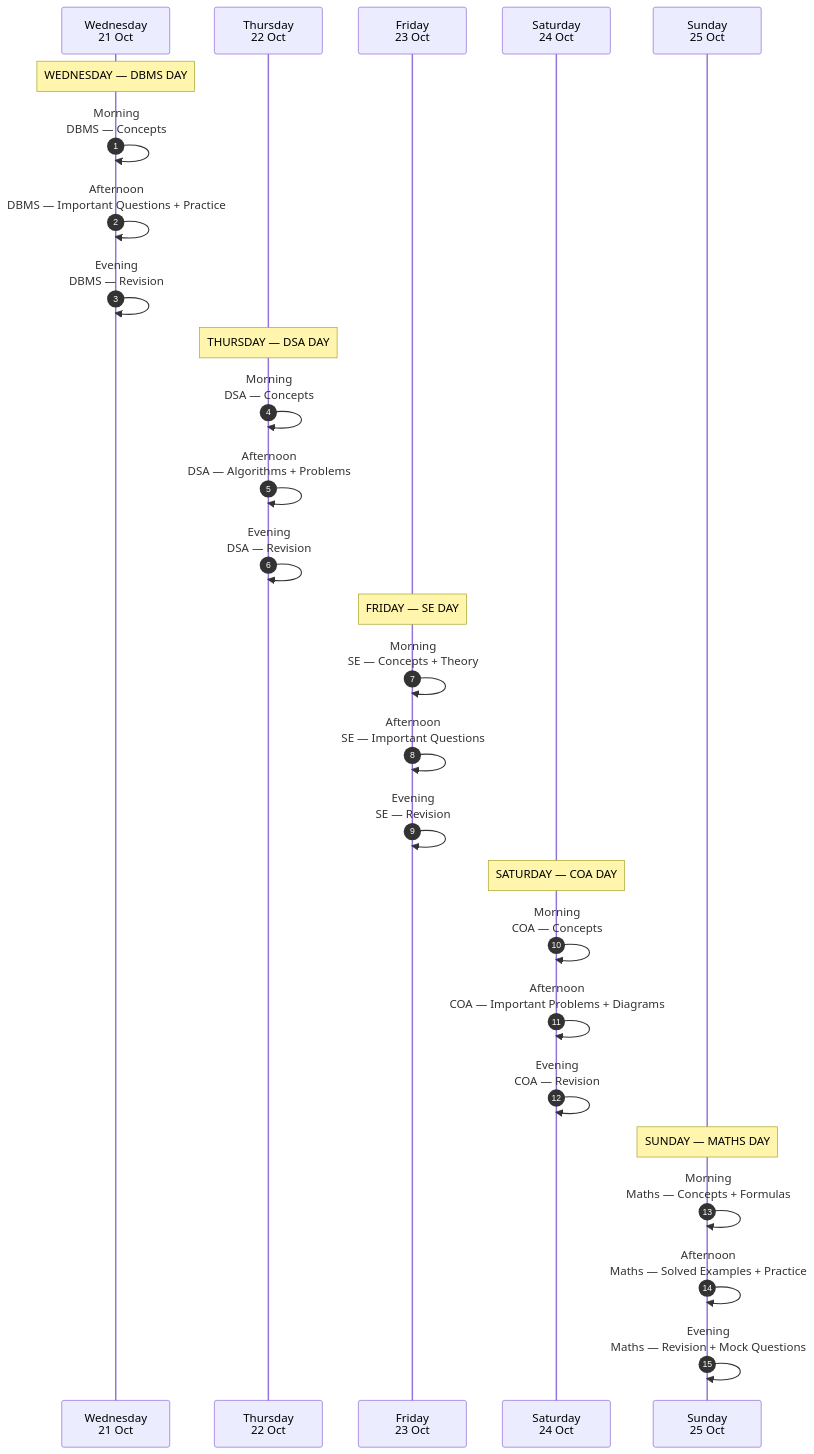
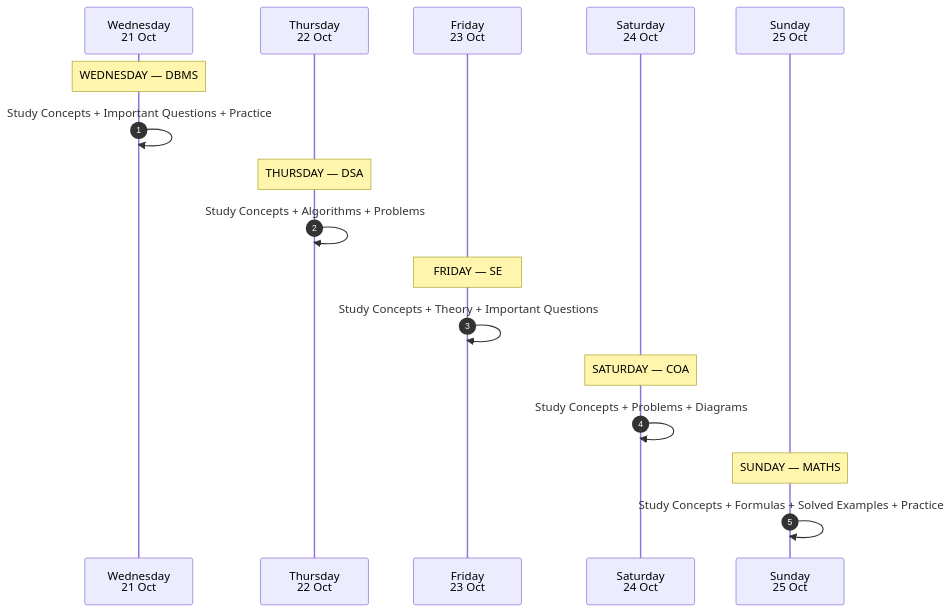
One commit to P7XCKD/NF changed the first of 2 diagrams in Notes Factory/sem 3/Exam/PT 2 Study Schedule.md. Above: the diagram before and after it, drawn with Mermaid. The commit also changed other lines of this file, not shown here.

Commit message:
create/update 'PT 2 Study Schedule.md' file

````diff
--- a/Notes Factory/sem 3/Exam/PT 2 Study Schedule.md
+++ b/Notes Factory/sem 3/Exam/PT 2 Study Schedule.md
@@ -5,40 +5,30 @@
 ```mermaid
 sequenceDiagram
     autonumber
 
     participant WED as Wednesday<br/>21 Oct
     participant THU as Thursday<br/>22 Oct
     participant FRI as Friday<br/>23 Oct
     participant SAT as Saturday<br/>24 Oct
     participant SUN as Sunday<br/>25 Oct
 
-    Note over WED: WEDNESDAY — DBMS DAY
+    Note over WED: WEDNESDAY — DBMS
 
-    WED->>WED: Morning<br/>DBMS — Concepts
-    WED->>WED: Afternoon<br/>DBMS — Important Questions + Practice
-    WED->>WED: Evening<br/>DBMS — Revision
+    WED->>WED: Study Concepts + Important Questions + Practice
 
-    Note over THU: THURSDAY — DSA DAY
+    Note over THU: THURSDAY — DSA
 
-    THU->>THU: Morning<br/>DSA — Concepts
-    THU->>THU: Afternoon<br/>DSA — Algorithms + Problems
-    THU->>THU: Evening<br/>DSA — Revision
+    THU->>THU: Study Concepts + Algorithms + Problems
 
-    Note over FRI: FRIDAY — SE DAY
+    Note over FRI: FRIDAY — SE
 
-    FRI->>FRI: Morning<br/>SE — Concepts + Theory
-    FRI->>FRI: Afternoon<br/>SE — Important Questions
-    FRI->>FRI: Evening<br/>SE — Revision
+    FRI->>FRI: Study Concepts + Theory + Important Questions
 
-    Note over SAT: SATURDAY — COA DAY
+    Note over SAT: SATURDAY — COA
 
-    SAT->>SAT: Morning<br/>COA — Concepts
-    SAT->>SAT: Afternoon<br/>COA — Important Problems + Diagrams
-    SAT->>SAT: Evening<br/>COA — Revision
+    SAT->>SAT: Study Concepts + Problems + Diagrams
 
-    Note over SUN: SUNDAY — MATHS DAY
+    Note over SUN: SUNDAY — MATHS
 
-    SUN->>SUN: Morning<br/>Maths — Concepts + Formulas
-    SUN->>SUN: Afternoon<br/>Maths — Solved Examples + Practice
-    SUN->>SUN: Evening<br/>Maths — Revision + Mock Questions
+    SUN->>SUN: Study Concepts + Formulas + Solved Examples + Practice
 ```
````
